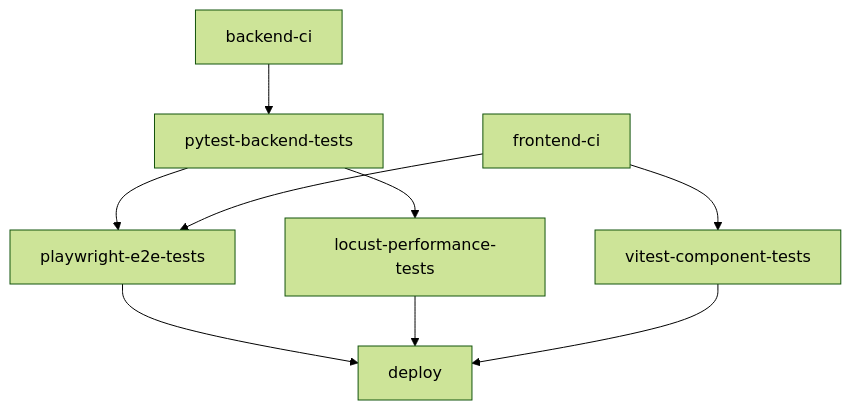
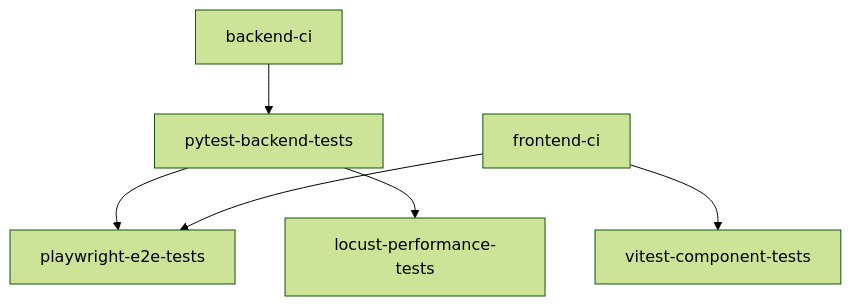
Before and after one commit to frangago71/quizzie-TFG: the diagram in docs/especificación_ci_cd.md, drawn with Mermaid (forest theme). The commit also changed other lines of this file, not shown here.

````diff
--- a/docs/especificación_ci_cd.md
+++ b/docs/especificación_ci_cd.md
@@ -37,15 +40,11 @@
 ```mermaid
 graph TD
     A[backend-ci] --> B[pytest-backend-tests]
     C[frontend-ci]
 
     B --> D[playwright-e2e-tests]
     C --> D
 
     C --> F[vitest-component-tests]
     B --> E[locust-performance-tests]
-
-    D --> G[deploy]
-    E --> G
-    F --> G
 ```
````
